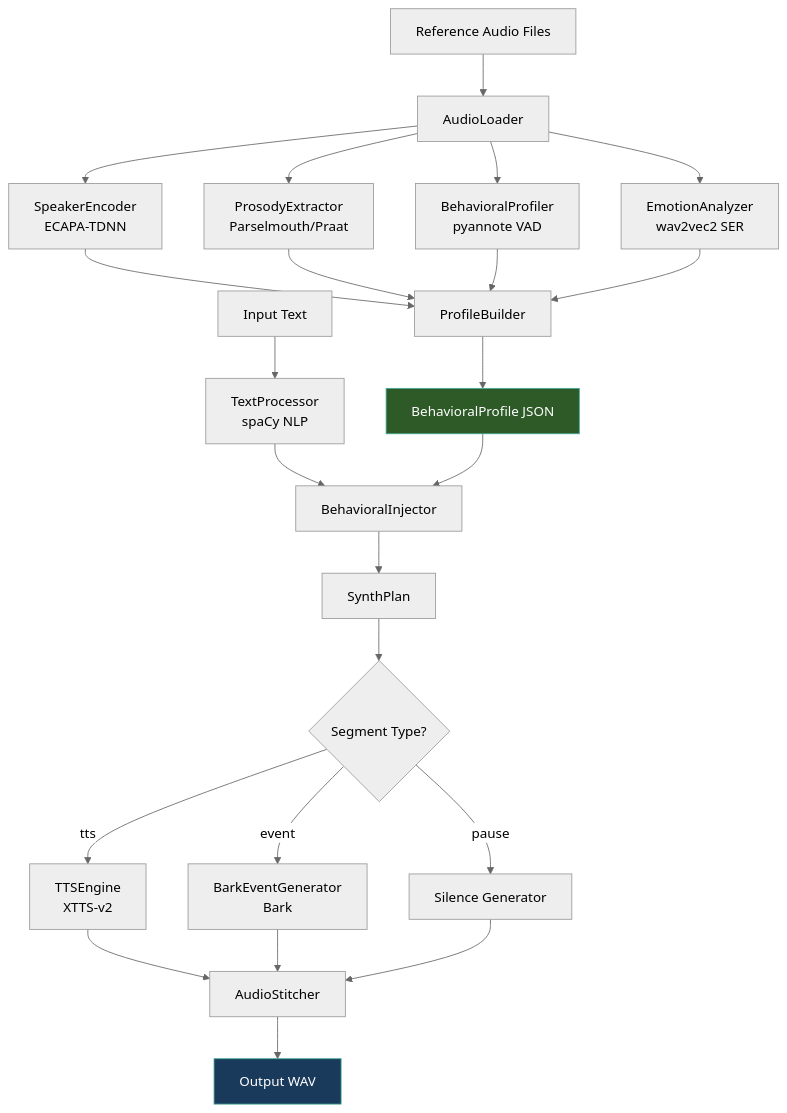
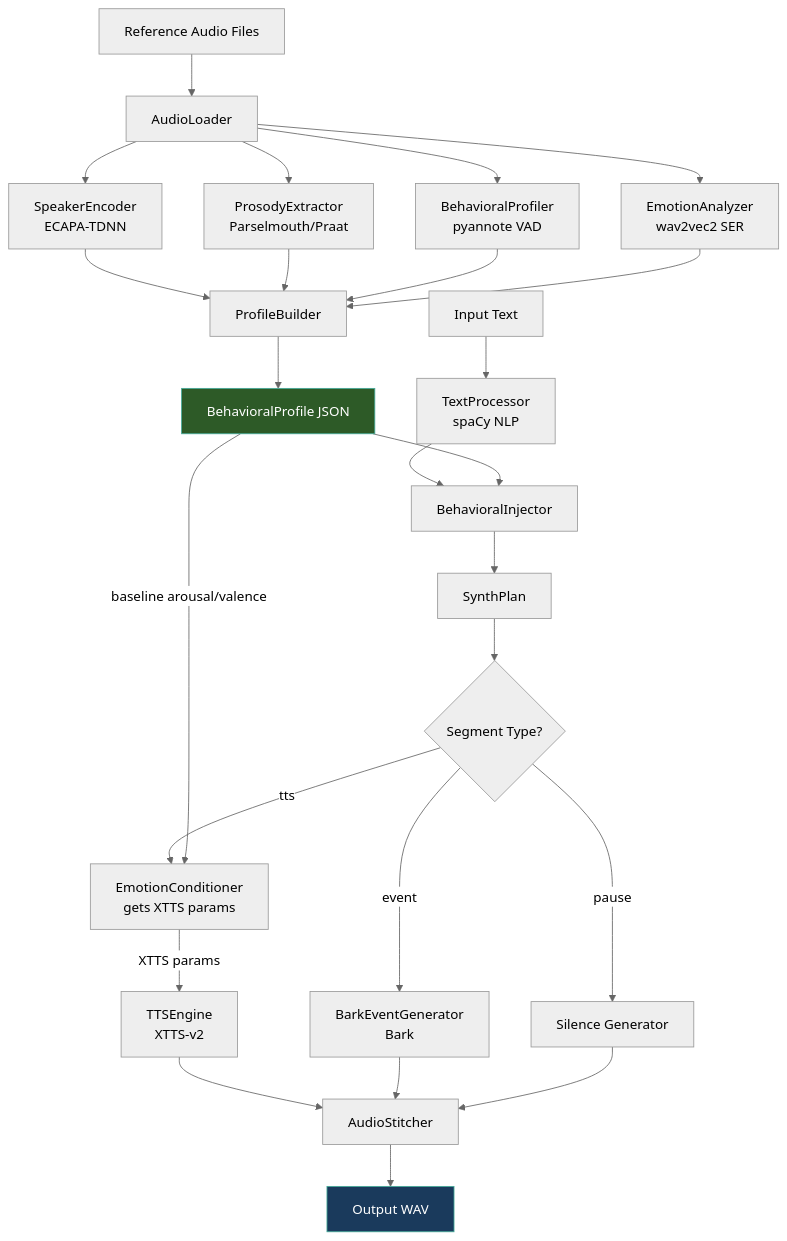
The diagram in README.md (danishansari-dev/voice-cloning), drawn with Mermaid (neutral theme) before and after one commit.

Commit message:
docs: update architecture in README diagram to include EmotionConditioner flow

````diff
--- a/README.md
+++ b/README.md
@@ -44,33 +44,35 @@
 ```mermaid
 graph TD
     A[Reference Audio Files] --> B[AudioLoader]
     B --> C[SpeakerEncoder<br/>ECAPA-TDNN]
     B --> D[ProsodyExtractor<br/>Parselmouth/Praat]
     B --> E[BehavioralProfiler<br/>pyannote VAD]
     B --> F[EmotionAnalyzer<br/>wav2vec2 SER]
 
     C --> G[ProfileBuilder]
     D --> G
     E --> G
     F --> G
     G --> H[BehavioralProfile JSON]
 
     I[Input Text] --> J[TextProcessor<br/>spaCy NLP]
     J --> K[BehavioralInjector]
     H --> K
 
     K --> L[SynthPlan]
     L --> M{Segment Type?}
 
-    M -->|tts| N[TTSEngine<br/>XTTS-v2]
+    M -->|tts| EC[EmotionConditioner<br/>gets XTTS params]
+    H -->|baseline arousal/valence| EC
+    EC -->|XTTS params| N[TTSEngine<br/>XTTS-v2]
     M -->|event| O[BarkEventGenerator<br/>Bark]
     M -->|pause| P[Silence Generator]
 
     N --> Q[AudioStitcher]
     O --> Q
     P --> Q
     Q --> R[Output WAV]
 
     style H fill:#2d5a27,stroke:#4a9,color:#fff
     style R fill:#1a3a5c,stroke:#4a9,color:#fff
 ```
````
